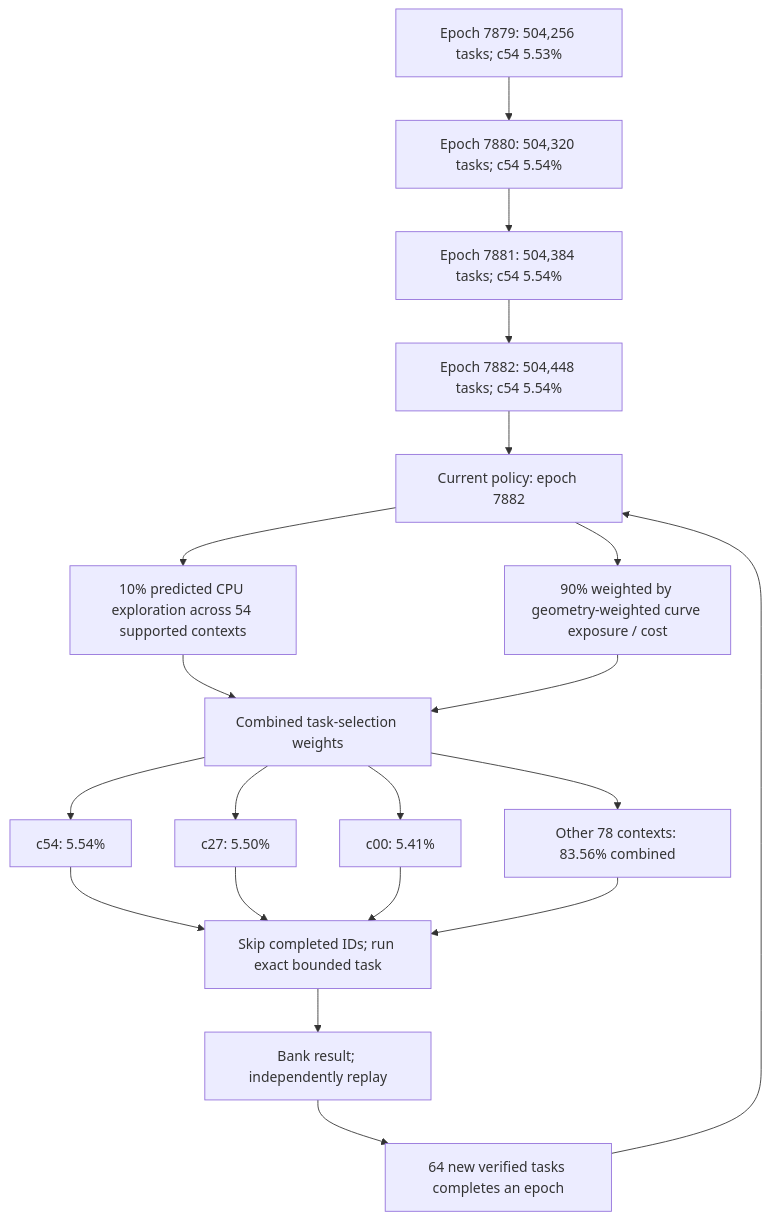
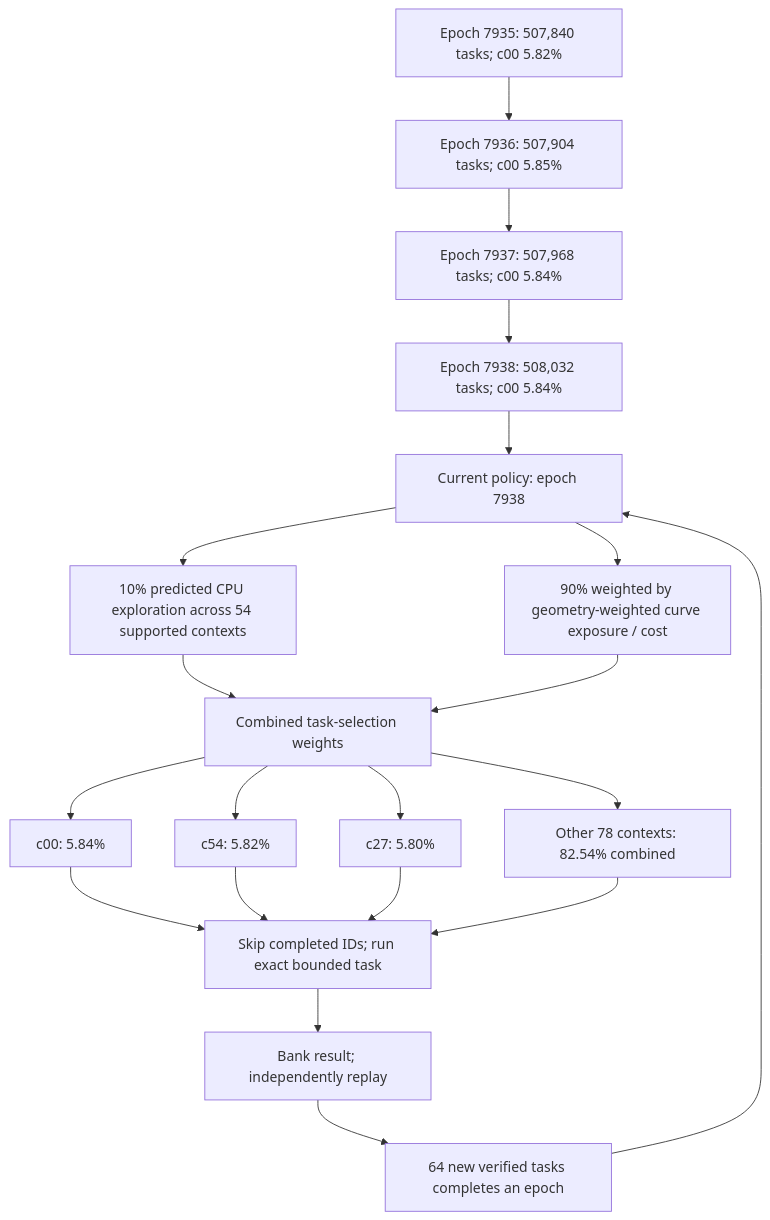
The first of 4 diagrams in README.md (Kuberwastaken/math-gambling), drawn with Mermaid before and after one commit. The commit also changed other lines of this file and 8184 other files, not shown here.

````diff
--- a/README.md
+++ b/README.md
@@ -60,27 +60,27 @@
 ```mermaid
 flowchart TD
-    H0["Epoch 7879: 504,256 tasks; c54 5.53%"]
-    H1["Epoch 7880: 504,320 tasks; c54 5.54%"]
+    H0["Epoch 7935: 507,840 tasks; c00 5.82%"]
+    H1["Epoch 7936: 507,904 tasks; c00 5.85%"]
     H0 --> H1
-    H2["Epoch 7881: 504,384 tasks; c54 5.54%"]
+    H2["Epoch 7937: 507,968 tasks; c00 5.84%"]
     H1 --> H2
-    H3["Epoch 7882: 504,448 tasks; c54 5.54%"]
+    H3["Epoch 7938: 508,032 tasks; c00 5.84%"]
     H2 --> H3
-    Policy["Current policy: epoch 7882"]
+    Policy["Current policy: epoch 7938"]
     H3 --> Policy
     Policy --> Explore["10% predicted CPU exploration across 54 supported contexts"]
     Policy --> Cost["90% weighted by geometry-weighted curve exposure / cost"]
     Explore --> Mix["Combined task-selection weights"]
     Cost --> Mix
-    Mix --> C0["c54: 5.54%"]
-    Mix --> C1["c27: 5.50%"]
-    Mix --> C2["c00: 5.41%"]
-    Mix --> Rest["Other 78 contexts: 83.56% combined"]
+    Mix --> C0["c00: 5.84%"]
+    Mix --> C1["c54: 5.82%"]
+    Mix --> C2["c27: 5.80%"]
+    Mix --> Rest["Other 78 contexts: 82.54% combined"]
     C0 --> Check["Skip completed IDs; run exact bounded task"]
     C1 --> Check
     C2 --> Check
     Rest --> Check
     Check --> Replay["Bank result; independently replay"]
     Replay --> Gate["64 new verified tasks completes an epoch"]
     Gate --> Policy
 ```
````
